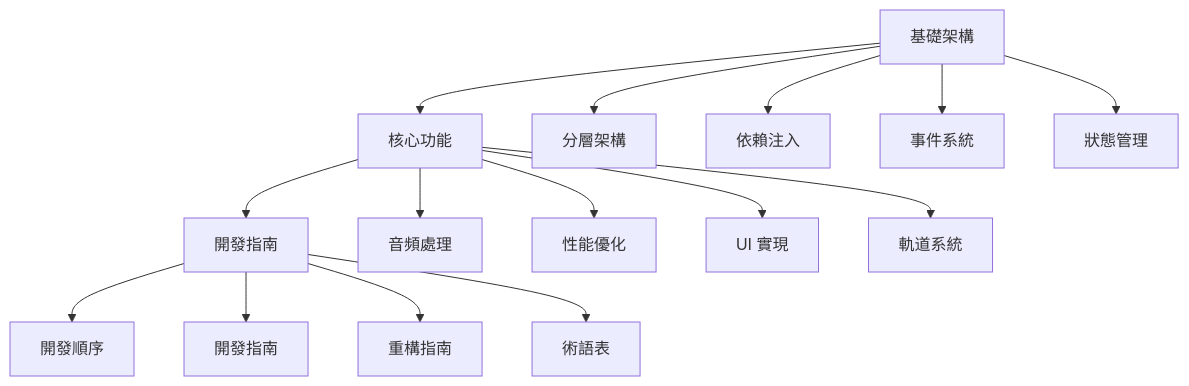
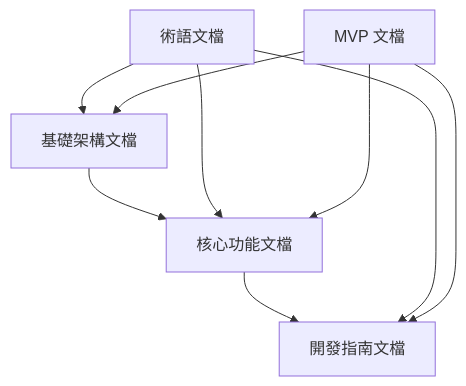
One commit to qwertyboy0325/echlub-front changed the diagram in docs/architecture/README.md. Above: the diagram before and after it, drawn with Mermaid. The commit also changed other lines of this file and 80 other files, not shown here.

````diff
--- a/docs/architecture/README.md
+++ b/docs/architecture/README.md
@@ -112,20 +113,11 @@
 ```mermaid
 graph TD
-    A[基礎架構] --> B[核心功能]
-    B --> C[開發指南]
-    
-    A --> A1[分層架構]
-    A --> A2[依賴注入]
-    A --> A3[事件系統]
-    A --> A4[狀態管理]
-    
-    B --> B1[音頻處理]
-    B --> B2[性能優化]
-    B --> B3[UI 實現]
-    B --> B4[軌道系統]
-    
-    C --> C1[開發順序]
-    C --> C2[開發指南]
-    C --> C3[重構指南]
-    C --> C4[術語表]
+    A[基礎架構文檔] --> B[核心功能文檔]
+    B --> C[開發指南文檔]
+    D[術語文檔] --> A
+    D --> B
+    D --> C
+    E[MVP 文檔] --> A
+    E --> B
+    E --> C
 ```
````
